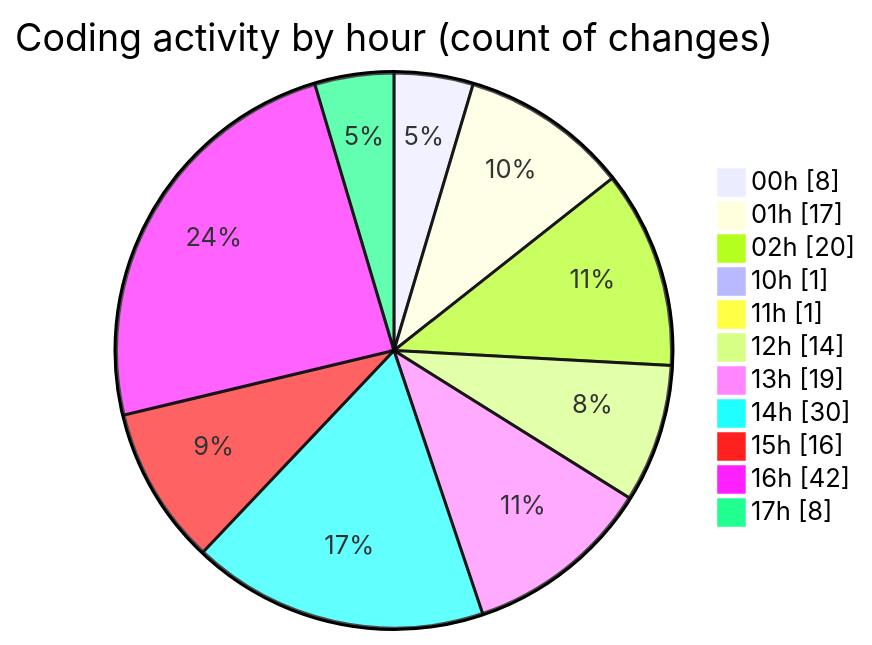
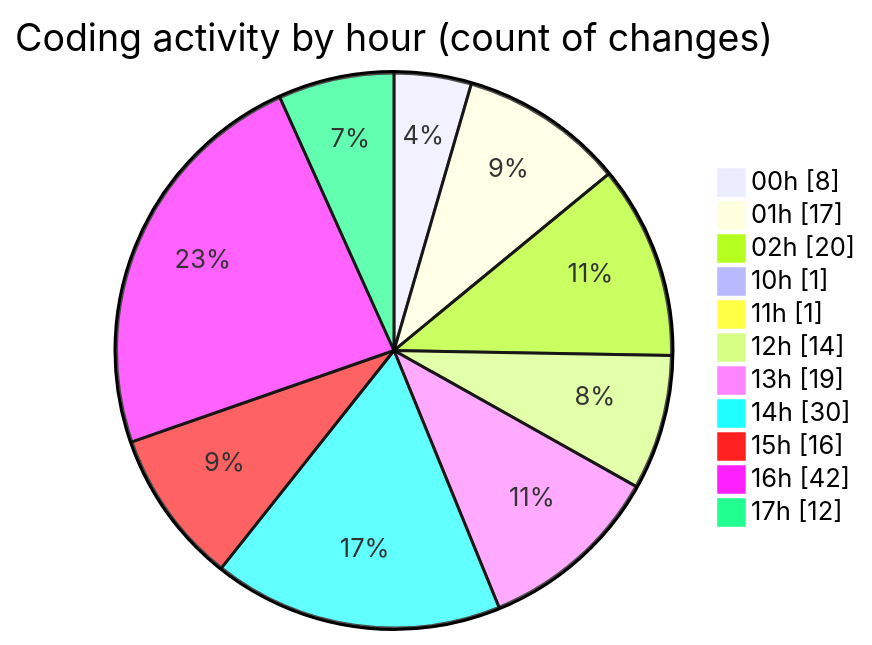
The second of 2 diagrams in 2025-05-02/niten/README.md (Elitesun/code-tracking), drawn with Mermaid before and after one commit. The commit also changed other lines of this file and 1 other file, not shown here.

````diff
--- a/2025-05-02/niten/README.md
+++ b/2025-05-02/niten/README.md
@@ -76,15 +78,15 @@
 ```mermaid
 pie showData
 title Coding activity by hour (count of changes)
 "00h" : 8
 "01h" : 17
 "02h" : 20
 "10h" : 1
 "11h" : 1
 "12h" : 14
 "13h" : 19
 "14h" : 30
 "15h" : 16
 "16h" : 42
-"17h" : 8
+"17h" : 12
 ```
````
